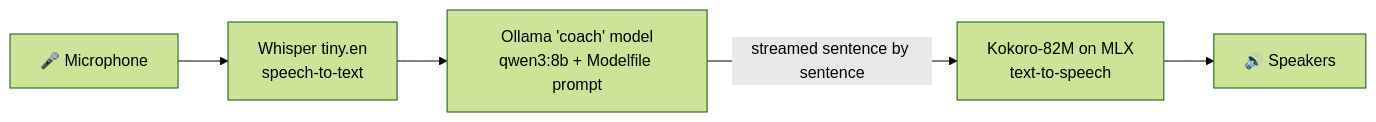
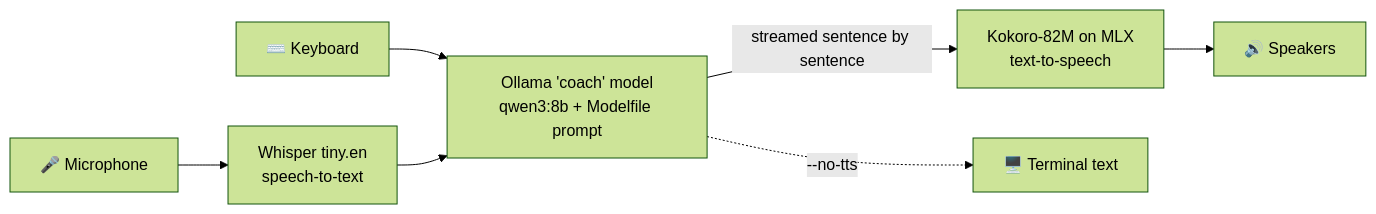
One commit to CrookedGrin/local-coach changed the diagram in README.md. Above: the diagram before and after it, drawn with Mermaid (forest theme). The commit also changed other lines of this file and 2 other files, not shown here.

````diff
--- a/README.md
+++ b/README.md
@@ -9,7 +9,9 @@
 ```mermaid
 flowchart LR
     A[🎤 Microphone] --> B[Whisper tiny.en<br/>speech-to-text]
+    K[⌨️ Keyboard] --> C
     B --> C[Ollama 'coach' model<br/>qwen3:8b + Modelfile prompt]
     C -->|streamed sentence by sentence| D[Kokoro-82M on MLX<br/>text-to-speech]
     D --> E[🔊 Speakers]
+    C -.->|--no-tts| T[🖥️ Terminal text]
 ```
````
